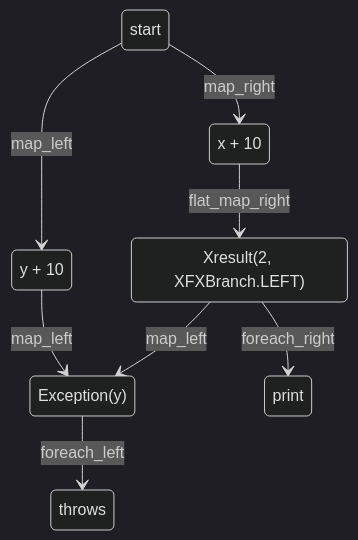
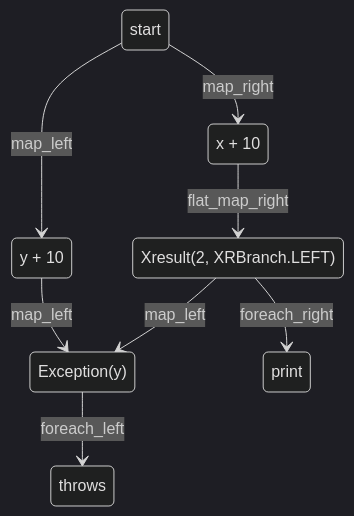
One commit to sebvey/python-fp changed the diagram in docs/pages/results/index.md. Above: the diagram before and after it, drawn with Mermaid (dark theme). The commit also changed other lines of this file and 18 other files, not shown here.

````diff
--- a/docs/pages/results/index.md
+++ b/docs/pages/results/index.md
@@ -92,23 +92,23 @@
 ```mermaid
 stateDiagram
     accTitle: Graph representation of the above transformations
     accDescr: Represents visually the operation
 
     start: start
     yop: y + 10
     xop: x + 10
     ex: Exception(y)
     throws: throws
 
-    res: Xresult(2, XFXBranch.LEFT)
+    res: Xresult(2, XRBranch.LEFT)
     print: print
 
     start-->xop: map_right
     start-->yop: map_left
     yop-->ex: map_left
     ex-->throws: foreach_left
     xop-->res: flat_map_right
     res-->ex: map_left
     res-->print: foreach_right
 
 ```
````
